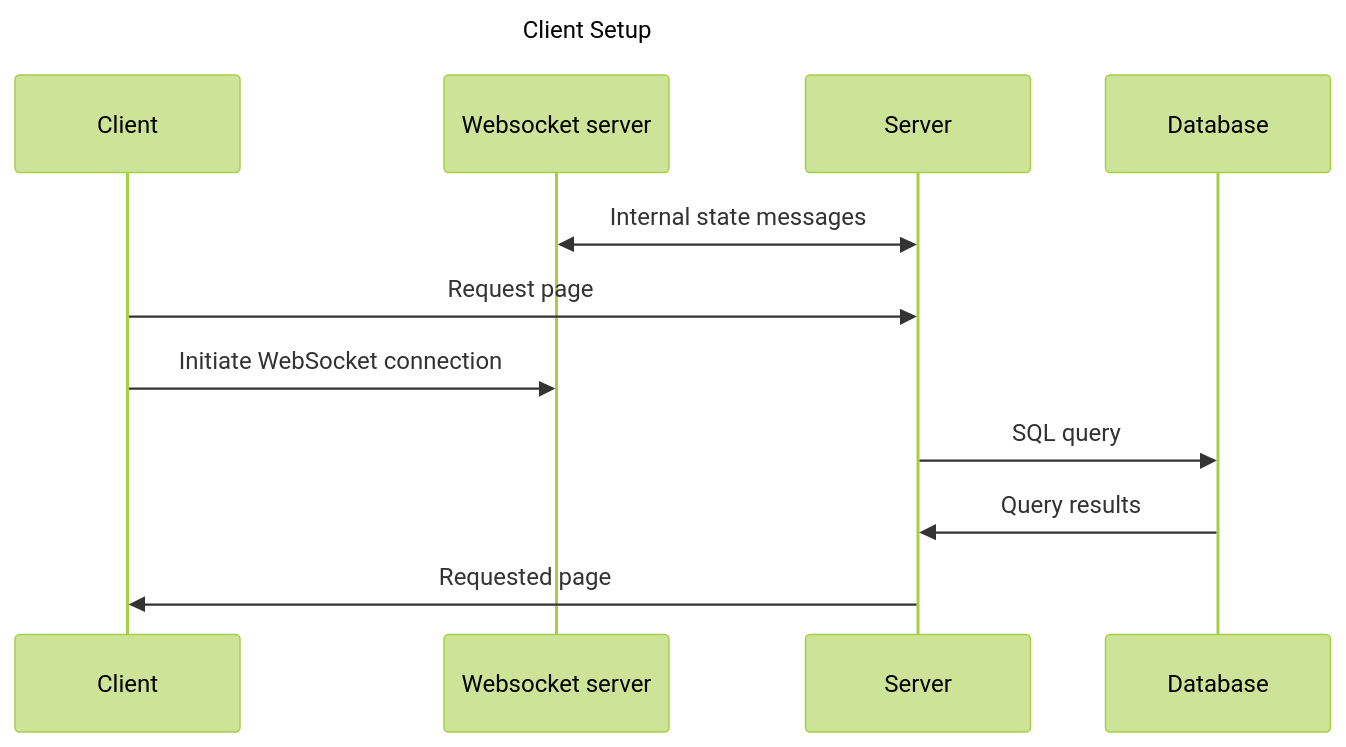
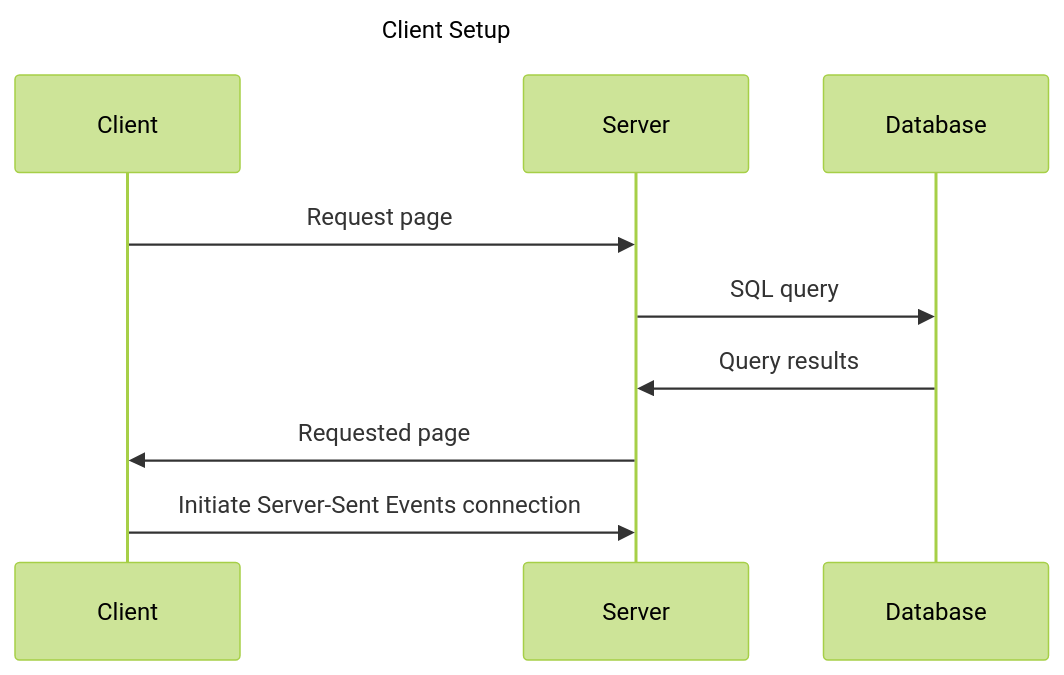
The second of 3 diagrams in docs/architecture.md (Tasktix/Tasktix), drawn with Mermaid (forest theme) before and after one commit. The commit also changed other lines of this file, not shown here.

Commit message:
Update architecture diagrams

````diff
--- a/docs/architecture.md
+++ b/docs/architecture.md
@@ -57,18 +52,15 @@
 ```mermaid
 ---
 title: Client Setup
 ---
 sequenceDiagram
   participant c as Client
-  participant w as Websocket server
   participant s as Server
   participant d as Database
 
-  w<<->>s: Internal state messages
-
   c->>s: Request page
-  c->>w: Initiate WebSocket connection
   s->>d: SQL query
   d->>s: Query results
   s->>c: Requested page
+  c->>s: Initiate Server-Sent Events connection
 ```
````
